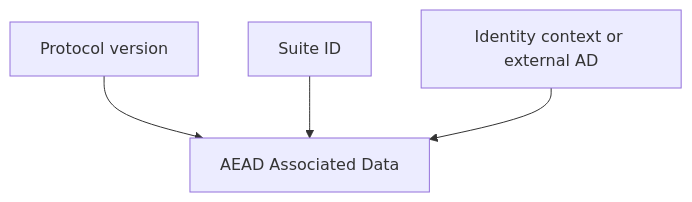
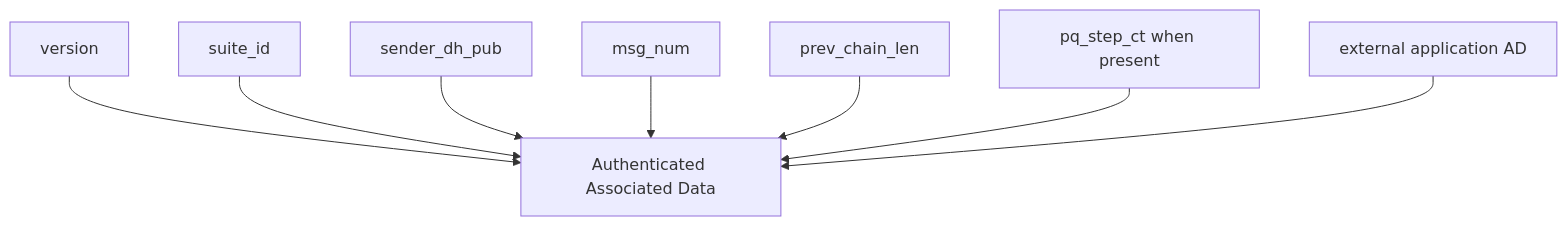
One commit to ErenAri/post-quantum-messaging-app changed the diagram in docs/WIRE_FORMAT.md. Above: the diagram before and after it, drawn with Mermaid. The commit also changed other lines of this file and 21 other files, not shown here.

````diff
--- a/docs/WIRE_FORMAT.md
+++ b/docs/WIRE_FORMAT.md
@@ -44,6 +39,10 @@
 ```mermaid
 flowchart TD
-    A[Protocol version] --> AD[AEAD Associated Data]
-    B[Suite ID] --> AD
-    C[Identity context or external AD] --> AD
+    A[version] --> AD[Authenticated Associated Data]
+    B[suite_id] --> AD
+    C[sender_dh_pub] --> AD
+    D[msg_num] --> AD
+    E[prev_chain_len] --> AD
+    F[pq_step_ct when present] --> AD
+    G[external application AD] --> AD
 ```
````
